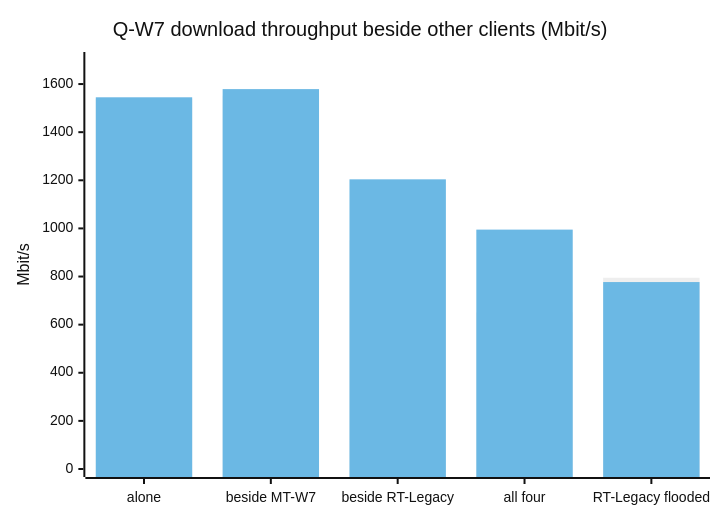
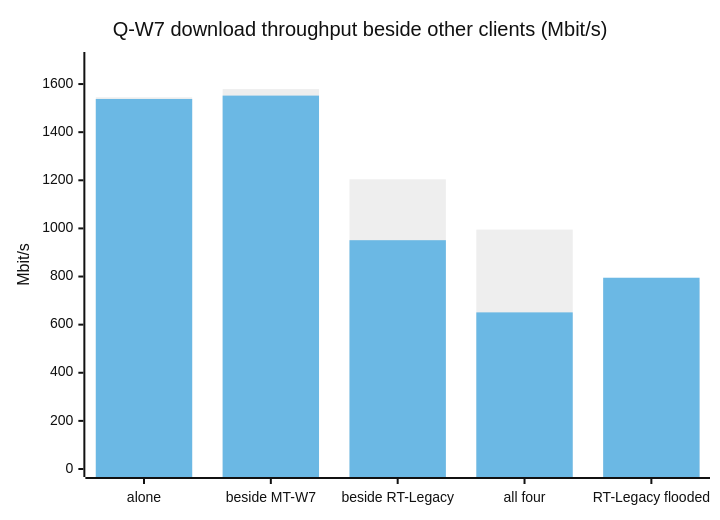
The fourth of 5 diagrams in docs/benchmark-an7583-mt7993.md (ClankerConstruction/ClankerNPU), drawn with Mermaid (neutral theme) before and after one commit. The commit also changed other lines of this file, not shown here.

````diff
--- a/docs/benchmark-an7583-mt7993.md
+++ b/docs/benchmark-an7583-mt7993.md
@@ -411,9 +420,9 @@
 ```mermaid
 xychart-beta
     title "Q-W7 download throughput beside other clients (Mbit/s)"
     x-axis ["alone", "beside MT-W7", "beside RT-Legacy", "all four", "RT-Legacy flooded"]
     y-axis "Mbit/s" 0 --> 1700
+    bar [1545, 1579, 1204, 995, 777]
     bar [1538, 1552, 951, 651, 795]
-    bar [1545, 1579, 1204, 995, 777]
 
 ```
````
